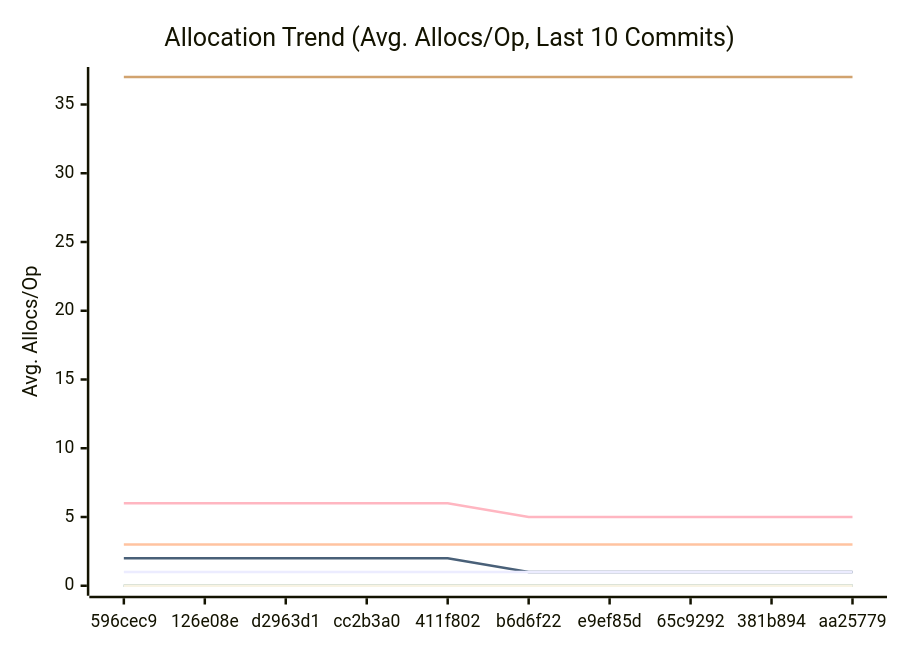
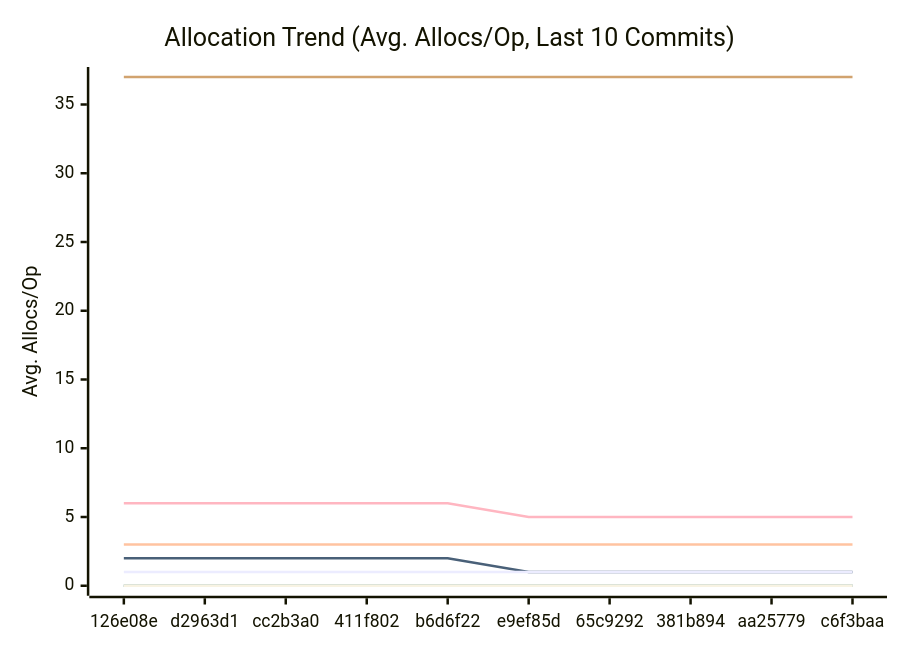
The third of 3 diagrams in docs/PERFORMANCE.md (alsotoes/momo), drawn with Mermaid before and after one commit. The commit also changed other lines of this file and 3 other files, not shown here.

````diff
--- a/docs/PERFORMANCE.md
+++ b/docs/PERFORMANCE.md
@@ -176,18 +176,18 @@
 ```mermaid
 xychart-beta
     title "Allocation Trend (Avg. Allocs/Op, Last 10 Commits)"
     x-axis "Commit"
     y-axis "Avg. Allocs/Op"
-    x-axis [596cec9,126e08e,d2963d1,cc2b3a0,411f802,b6d6f22,e9ef85d,65c9292,381b894,aa25779]
+    x-axis [126e08e,d2963d1,cc2b3a0,411f802,b6d6f22,e9ef85d,65c9292,381b894,aa25779,c6f3baa]
     line "CheckMetricsAndSwap" [0,0,0,0,0,0,0,0,0,0]
     line "CrushOptimized" [0,0,0,0,0,0,0,0,0,0]
     line "CrushOriginal" [3,3,3,3,3,3,3,3,3,3]
     line "IndexDirectTracking" [0,0,0,0,0,0,0,0,0,0]
     line "IndexSearch" [0,0,0,0,0,0,0,0,0,0]
     line "LoadGlobalConfig" [37,37,37,37,37,37,37,37,37,37]
     line "PadString" [0,0,0,0,0,0,0,0,0,0]
     line "ParseReplicationOrder_NoPrealloc" [6,6,6,6,6,5,5,5,5,5]
     line "ParseReplicationOrder_Prealloc" [2,2,2,2,2,1,1,1,1,1]
     line "SanitizeLog/Safe" [0,0,0,0,0,0,0,0,0,0]
     line "SanitizeLog/Unsafe" [1,1,1,1,1,1,1,1,1,1]
 ```
````
